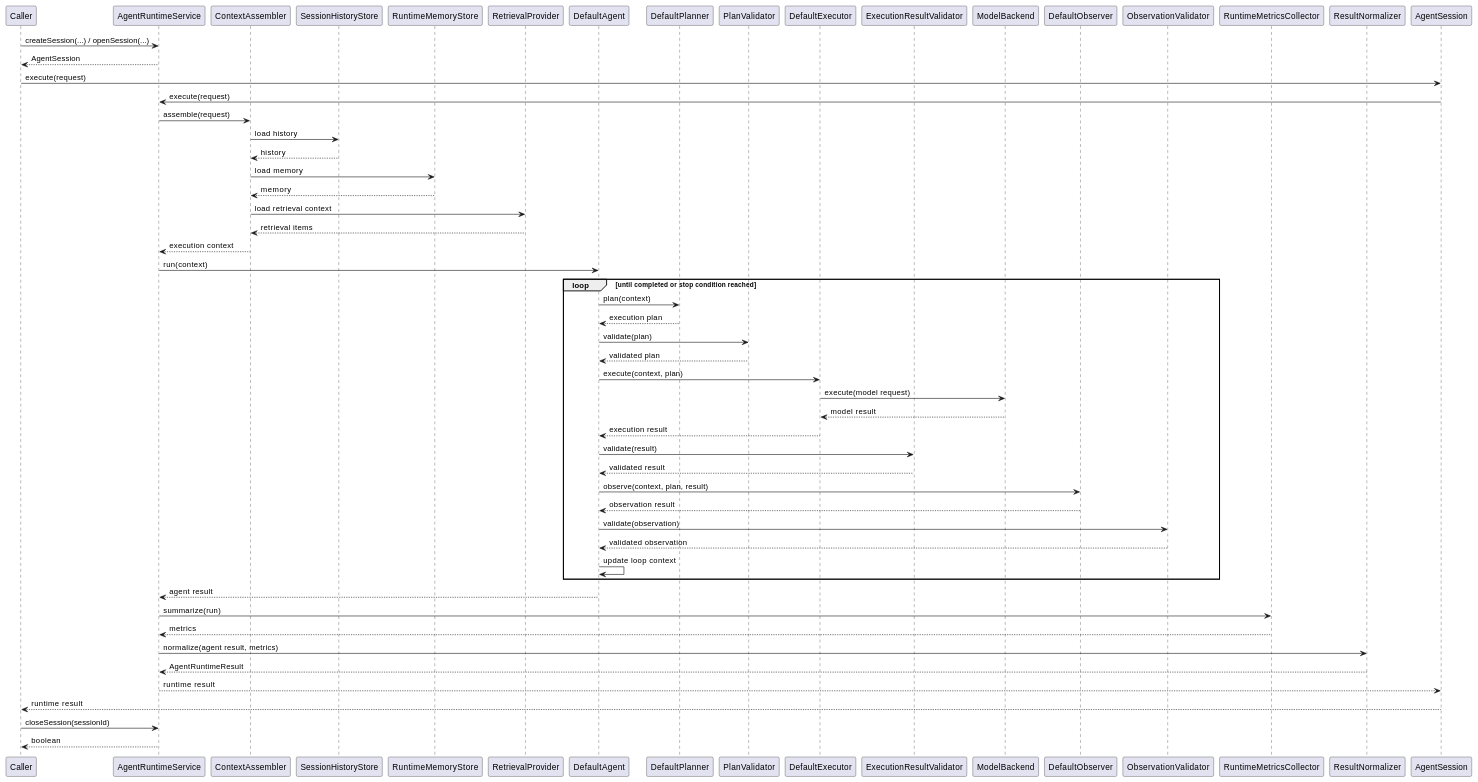
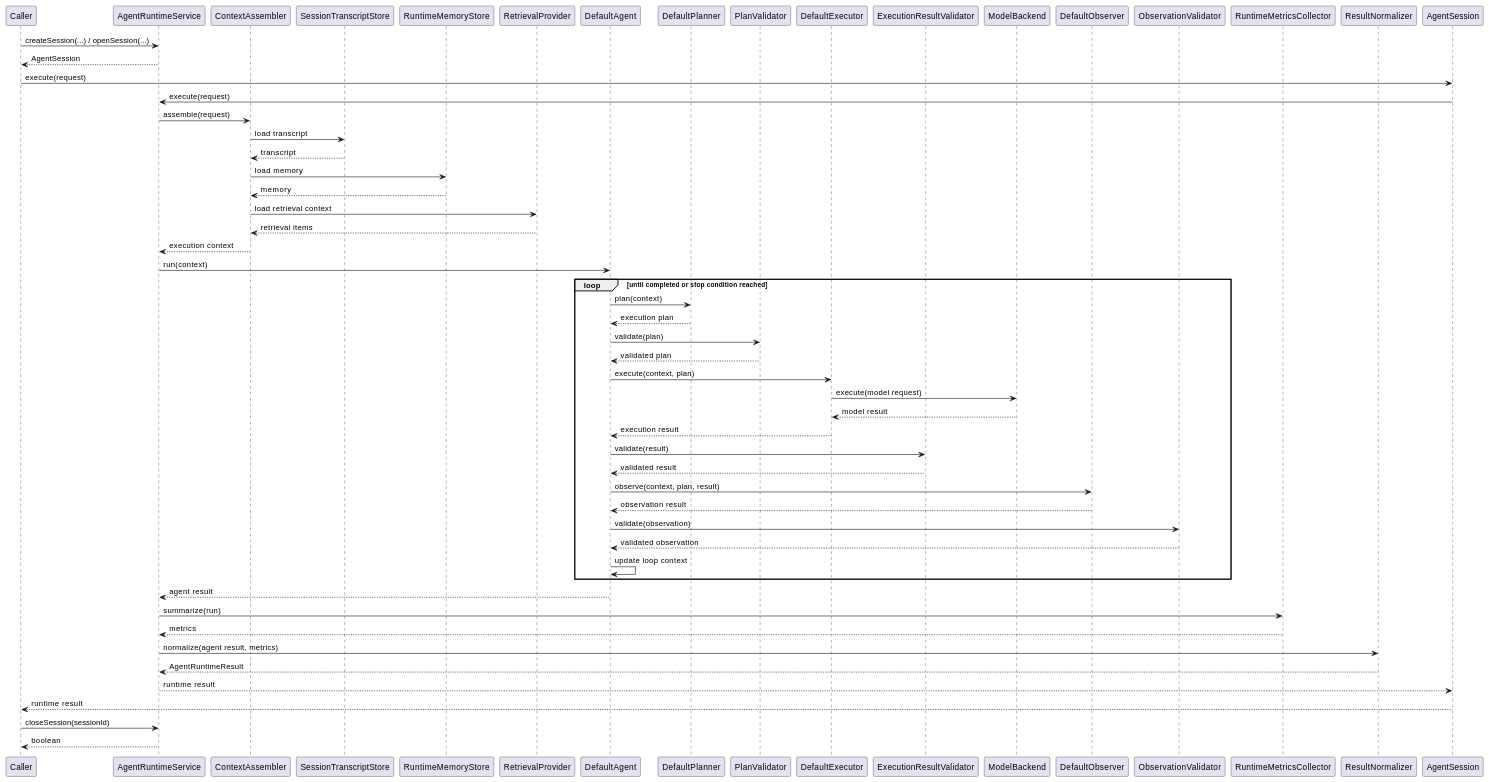
Before and after one commit to lucky-chen/ai_workflow_travel: the second of 4 diagrams in infra_projects/docs/breakdown_docs/agent_runtime_design.md, drawn with PlantUML. The commit also changed other lines of this file and 20 other files, not shown here.

````diff
--- a/infra_projects/docs/breakdown_docs/agent_runtime_design.md
+++ b/infra_projects/docs/breakdown_docs/agent_runtime_design.md
@@ -417,60 +441,60 @@
 ```plantuml
 @startuml
 participant Caller
 participant AgentRuntimeService as AgentRuntime
 participant ContextAssembler
-participant SessionHistoryStore
+participant SessionTranscriptStore
 participant RuntimeMemoryStore
 participant RetrievalProvider
 participant DefaultAgent
 participant DefaultPlanner
 participant PlanValidator
 participant DefaultExecutor
 participant ExecutionResultValidator
 participant ModelBackend
 participant DefaultObserver
 participant ObservationValidator
 participant RuntimeMetricsCollector
 participant ResultNormalizer
 
 Caller -> AgentRuntime: createSession(...) / openSession(...)
 AgentRuntime --> Caller: AgentSession
 Caller -> AgentSession: execute(request)
 AgentSession -> AgentRuntime: execute(request)
 AgentRuntime -> ContextAssembler: assemble(request)
-ContextAssembler -> SessionHistoryStore: load history
-SessionHistoryStore --> ContextAssembler: history
+ContextAssembler -> SessionTranscriptStore: load transcript
+SessionTranscriptStore --> ContextAssembler: transcript
 ContextAssembler -> RuntimeMemoryStore: load memory
 RuntimeMemoryStore --> ContextAssembler: memory
 ContextAssembler -> RetrievalProvider: load retrieval context
 RetrievalProvider --> ContextAssembler: retrieval items
 ContextAssembler --> AgentRuntime: execution context
 AgentRuntime -> DefaultAgent: run(context)
 loop until completed or stop condition reached
   DefaultAgent -> DefaultPlanner: plan(context)
   DefaultPlanner --> DefaultAgent: execution plan
   DefaultAgent -> PlanValidator: validate(plan)
   PlanValidator --> DefaultAgent: validated plan
   DefaultAgent -> DefaultExecutor: execute(context, plan)
   DefaultExecutor -> ModelBackend: execute(model request)
   ModelBackend --> DefaultExecutor: model result
   DefaultExecutor --> DefaultAgent: execution result
   DefaultAgent -> ExecutionResultValidator: validate(result)
   ExecutionResultValidator --> DefaultAgent: validated result
   DefaultAgent -> DefaultObserver: observe(context, plan, result)
   DefaultObserver --> DefaultAgent: observation result
   DefaultAgent -> ObservationValidator: validate(observation)
   ObservationValidator --> DefaultAgent: validated observation
   DefaultAgent -> DefaultAgent: update loop context
 end
 DefaultAgent --> AgentRuntime: agent result
 AgentRuntime -> RuntimeMetricsCollector: summarize(run)
 RuntimeMetricsCollector --> AgentRuntime: metrics
 AgentRuntime -> ResultNormalizer: normalize(agent result, metrics)
 ResultNormalizer --> AgentRuntime: AgentRuntimeResult
 AgentRuntime --> AgentSession: runtime result
 AgentSession --> Caller: runtime result
 Caller -> AgentRuntime: closeSession(sessionId)
 AgentRuntime --> Caller: boolean
 @enduml
 ```
````
